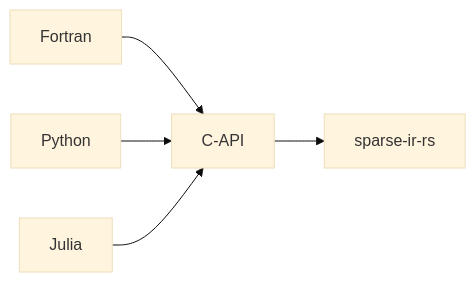
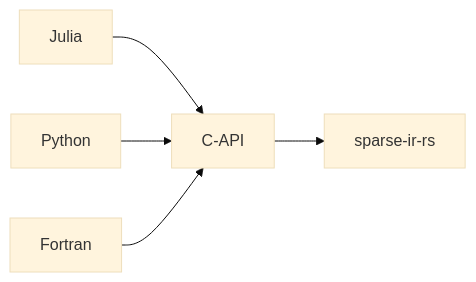
The first of 4 diagrams in slides/slide.qmd (AtelierArith/CompPhysHack2026HandsOn), drawn with Mermaid (base theme) before and after one commit. The commit also changed other lines of this file and 8 other files, not shown here.

````diff
--- a/slides/slide.qmd
+++ b/slides/slide.qmd
@@ -36,14 +40,14 @@
 ```{mermaid}
 flowchart LR
   Julia[Julia]
   Python[Python]
   Fortran[Fortran]
 
   CAPI[C-API]
   Sparseir[sparse-ir-rs]
 
+  Julia --> CAPI
+  Python --> CAPI
   Fortran --> CAPI
-  Python --> CAPI
-  Julia --> CAPI
   CAPI --> Sparseir
 ```
````
